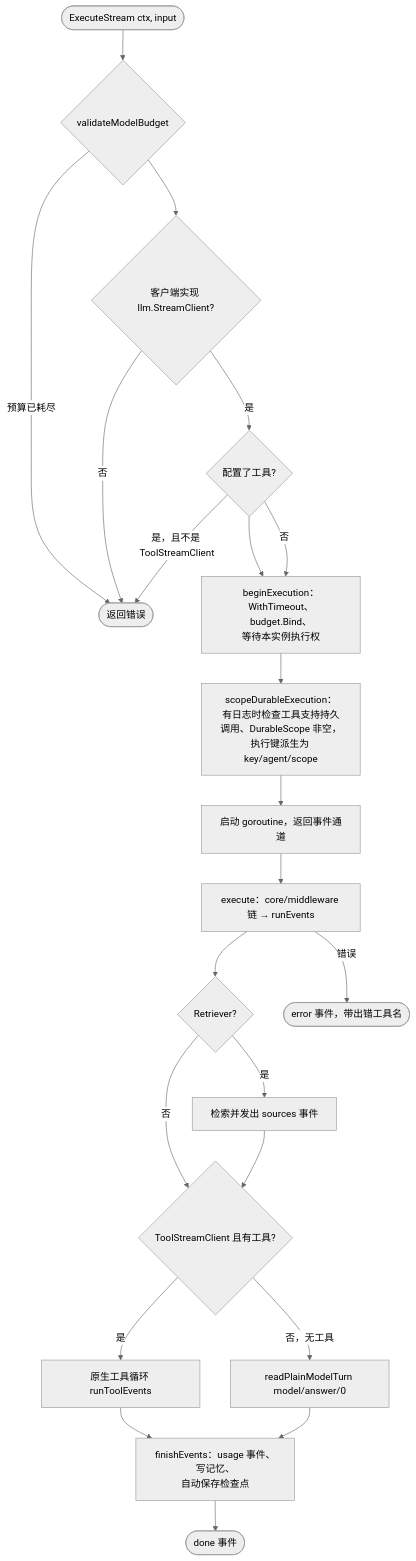
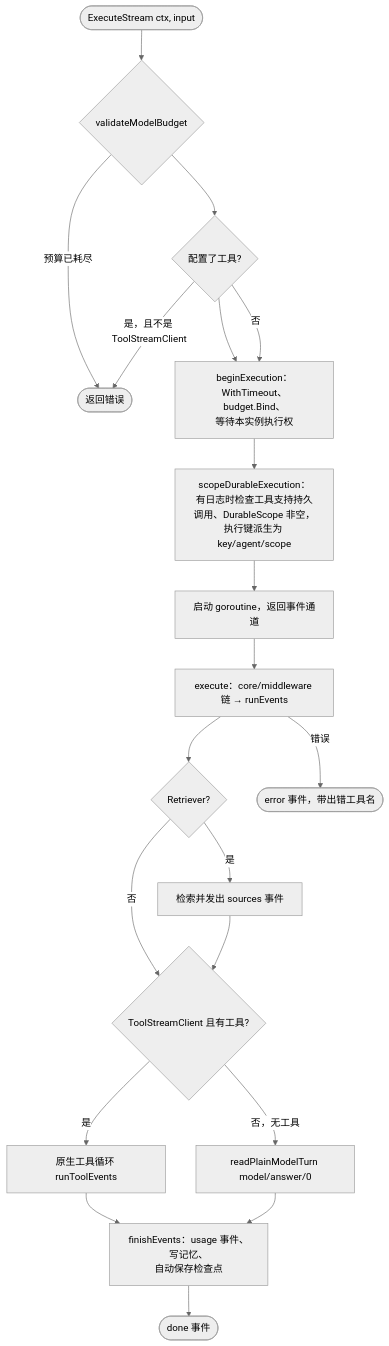
The first of 5 diagrams in docs/design/FLOW_DIAGRAMS.md (kart-io/goagent), drawn with Mermaid (neutral theme) before and after one commit. The commit also changed 98 other files, not shown here.

First line of the commit message:
refactor(llm)!: llm.Client 收敛为流式接口

````diff
--- a/docs/design/FLOW_DIAGRAMS.md
+++ b/docs/design/FLOW_DIAGRAMS.md
@@ -9,24 +9,22 @@
 ```mermaid
 flowchart TB
     IN([ExecuteStream ctx, input]) --> BUDGET{validateModelBudget}
     BUDGET -->|预算已耗尽| ERR([返回错误])
-    BUDGET --> SC{客户端实现 llm.StreamClient?}
-    SC -->|否| ERR
-    SC -->|是| TC{配置了工具?}
+    BUDGET --> TC{配置了工具?}
     TC -->|是，且不是 ToolStreamClient| ERR
     TC --> GATE[beginExecution：WithTimeout、budget.Bind、<br/>等待本实例执行权]
     TC -->|否| GATE
     GATE --> DUR[scopeDurableExecution：<br/>有日志时检查工具支持持久调用、DurableScope 非空，<br/>执行键派生为 key/agent/scope]
     DUR --> GO[启动 goroutine，返回事件通道]
     GO --> CHAIN[execute：core/middleware 链 → runEvents]
     CHAIN --> RET{Retriever?}
     RET -->|是| SRC[检索并发出 sources 事件]
     RET -->|否| PATH
     SRC --> PATH{ToolStreamClient 且有工具?}
     PATH -->|是| LOOP[原生工具循环 runToolEvents]
     PATH -->|否，无工具| PLAIN[readPlainModelTurn model/answer/0]
     LOOP --> FIN[finishEvents：usage 事件、写记忆、<br/>自动保存检查点]
     PLAIN --> FIN
     FIN --> DONE([done 事件])
     CHAIN -->|错误| ERRE([error 事件，带出错工具名])
 ```
````
